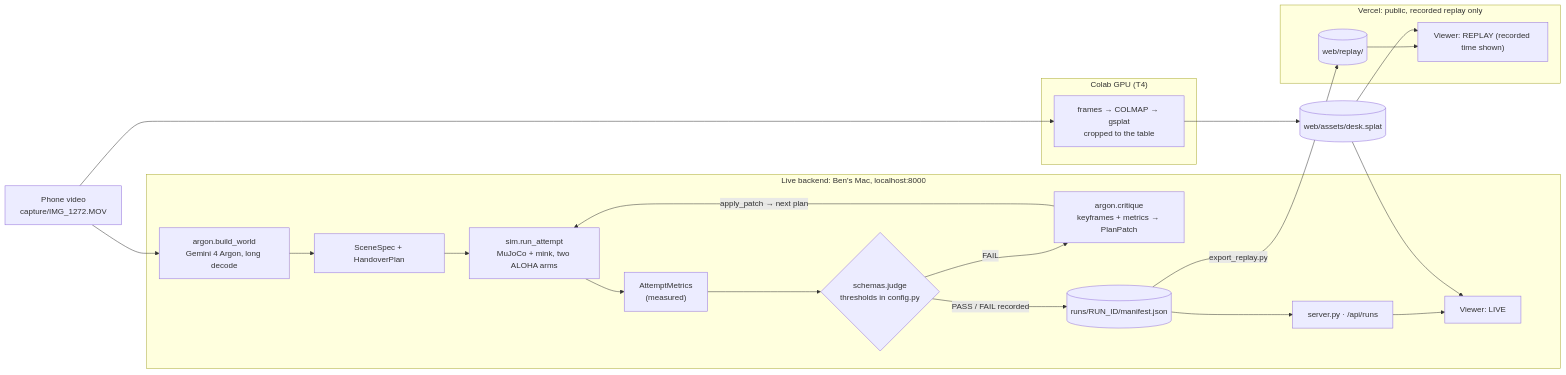
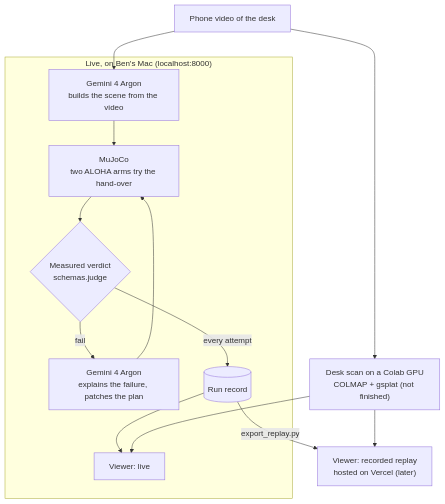
The diagram in README.md (benikigai/argon-twin), drawn with Mermaid before and after one commit. The commit also changed other lines of this file and 16 other files, not shown here.

Commit message:
Viewer: real ALOHA meshes, run picker, hidden-state fix; server skips non-loop manifests

````diff
--- a/README.md
+++ b/README.md
@@ -17,33 +17,23 @@
 ```mermaid
-flowchart LR
-    V["Phone video<br/>capture/IMG_1272.MOV"]
+flowchart TB
+    V["Phone video of the desk"]
+    SPLAT["Desk scan on a Colab GPU<br/>COLMAP + gsplat (not finished)"]
+    RV["Viewer: recorded replay<br/>hosted on Vercel (later)"]
 
-    subgraph COLAB["Colab GPU (T4)"]
-        SPLAT["frames → COLMAP → gsplat<br/>cropped to the table"]
+    subgraph LOCAL["Live, on Ben's Mac (localhost:8000)"]
+        WB["Gemini 4 Argon<br/>builds the scene from the video"]
+        SIM["MuJoCo<br/>two ALOHA arms try the hand-over"]
+        J{"Measured verdict<br/>schemas.judge"}
+        C["Gemini 4 Argon<br/>explains the failure, patches the plan"]
+        RUN[("Run record")]
+        LV["Viewer: live"]
     end
 
-    subgraph LOCAL["Live backend: Ben's Mac, localhost:8000"]
-        WB["argon.build_world<br/>Gemini 4 Argon, long decode"]
-        SCENE["SceneSpec + HandoverPlan"]
-        SIM["sim.run_attempt<br/>MuJoCo + mink, two ALOHA arms"]
-        MET["AttemptMetrics<br/>(measured)"]
-        JUDGE{"schemas.judge<br/>thresholds in config.py"}
-        CRIT["argon.critique<br/>keyframes + metrics → PlanPatch"]
-        RUNS[("runs/RUN_ID/manifest.json")]
-        API["server.py · /api/runs"]
-        LIVEV["Viewer: LIVE"]
-    end
-
-    subgraph VERCEL["Vercel: public, recorded replay only"]
-        REPLAY[("web/replay/")]
-        REPV["Viewer: REPLAY (recorded time shown)"]
-    end
-
-    V --> SPLAT --> DSPLAT[("web/assets/desk.splat")]
-    V --> WB --> SCENE --> SIM --> MET --> JUDGE
-    JUDGE -- "FAIL" --> CRIT -- "apply_patch → next plan" --> SIM
-    JUDGE -- "PASS / FAIL recorded" --> RUNS --> API --> LIVEV
-    RUNS -- "export_replay.py" --> REPLAY --> REPV
-    DSPLAT --> LIVEV
-    DSPLAT --> REPV
+    V --> WB --> SIM --> J
+    J -- "fail" --> C --> SIM
+    J -- "every attempt" --> RUN --> LV
+    RUN -- "export_replay.py" --> RV
+    V --> SPLAT
+    SPLAT --> LV
+    SPLAT --> RV
 ```
````
